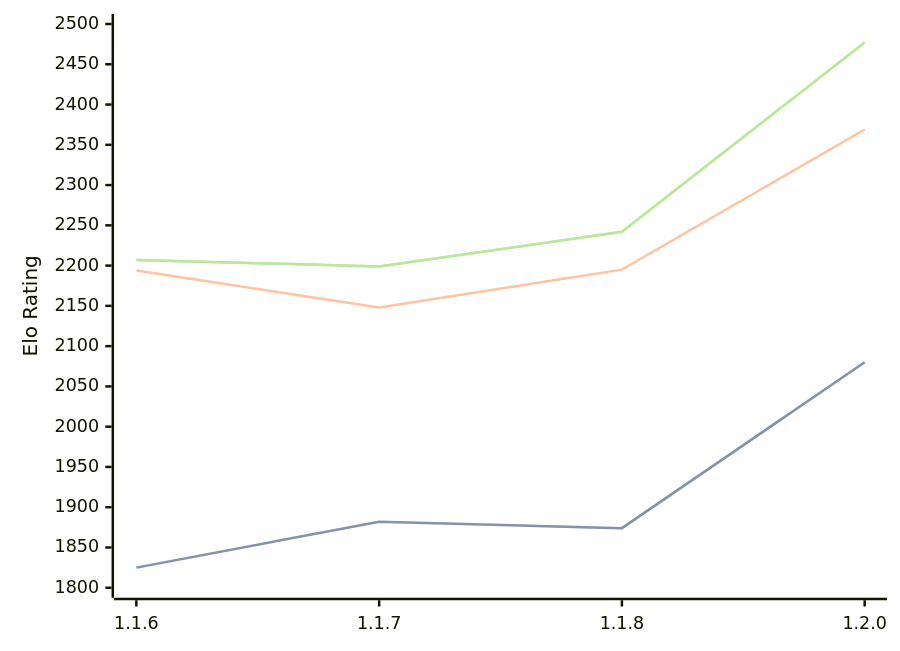
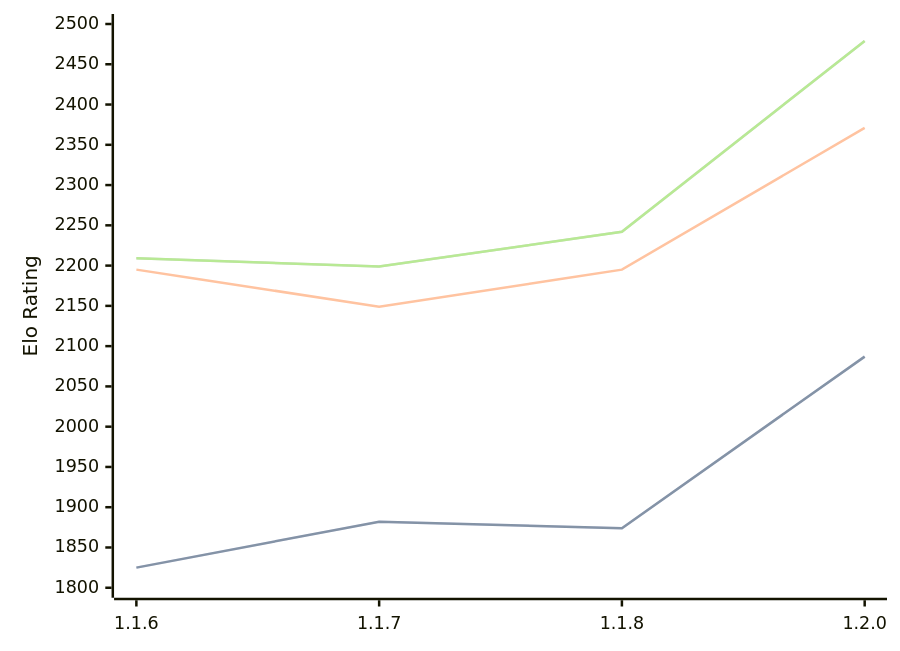
The diagram in engines/Soomi.md (computer-chess-index/cci), drawn with Mermaid before and after one commit. The commit also changed other lines of this file, not shown here.

Commit message:
Update CCI Ratings (ELO VLTC) - 2026-02-21

````diff
--- a/engines/Soomi.md
+++ b/engines/Soomi.md
@@ -31,11 +31,11 @@
 ```mermaid
 %%{init: {"theme":"base","themeVariables":{"seriesColors:['#a3a3a3','#222221','#faa371']}}}%%
 xychart-beta
   x-axis ["1.1.6", "1.1.7", "1.1.8", "1.2.0"]
   y-axis "Elo Rating" 1800 --> 2500
-  line "STC (8.0+0.08s)" [1825, 1882, 1874, 2080]
-  line "STC (8.0+0.08s)" [1825, 1882, 1874, 2080]
-  line "LTC (60.0+0.60s)" [2194, 2148, 2195, 2369]
-  line "VLTC (2m24s+1.12s)" [2207, 2199, 2242, 2477]
-  line "VLTC (2m24s+1.12s)" [2207, 2199, 2242, 2477]
+  line "STC (8.0+0.08s)" [1825, 1882, 1874, 2087]
+  line "STC (8.0+0.08s)" [1825, 1882, 1874, 2087]
+  line "LTC (60.0+0.60s)" [2195, 2149, 2195, 2371]
+  line "VLTC (2m24s+1.12s)" [2209, 2199, 2242, 2479]
+  line "VLTC (2m24s+1.12s)" [2209, 2199, 2242, 2479]
 ```
````
